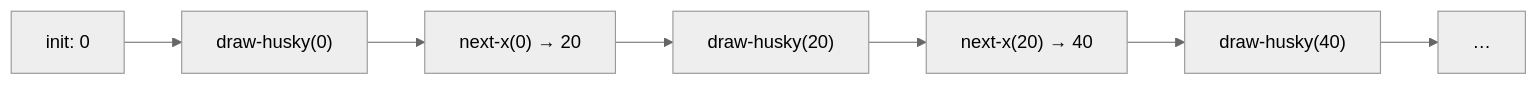
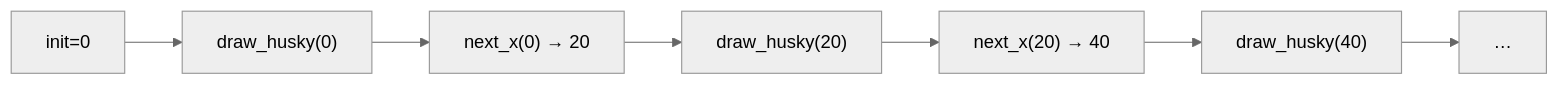
The diagram in lab/5.md (neu-pdi/cs2000-public-resources), drawn with Mermaid (neutral theme) before and after one commit. The commit also changed other lines of this file and 180 other files, not shown here.

````diff
--- a/lab/5.md
+++ b/lab/5.md
@@ -164,9 +171,9 @@
 ```mermaid
 flowchart LR
-  A["init: 0"] --> B["draw-husky(0)"]
-  B --> C["next-x(0) → 20"]
-  C --> D["draw-husky(20)"]
-  D --> E["next-x(20) → 40"]
-  E --> F["draw-husky(40)"]
+  A["init=0"] --> B["draw_husky(0)"]
+  B --> C["next_x(0) → 20"]
+  C --> D["draw_husky(20)"]
+  D --> E["next_x(20) → 40"]
+  E --> F["draw_husky(40)"]
   F --> G["…"]
 ```
````
